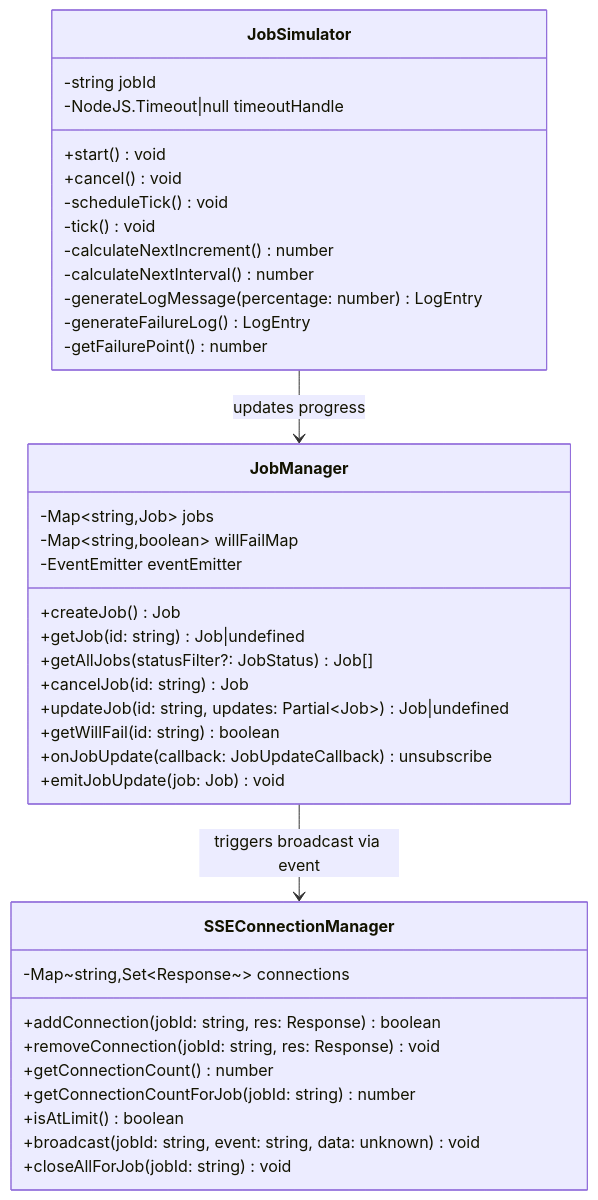
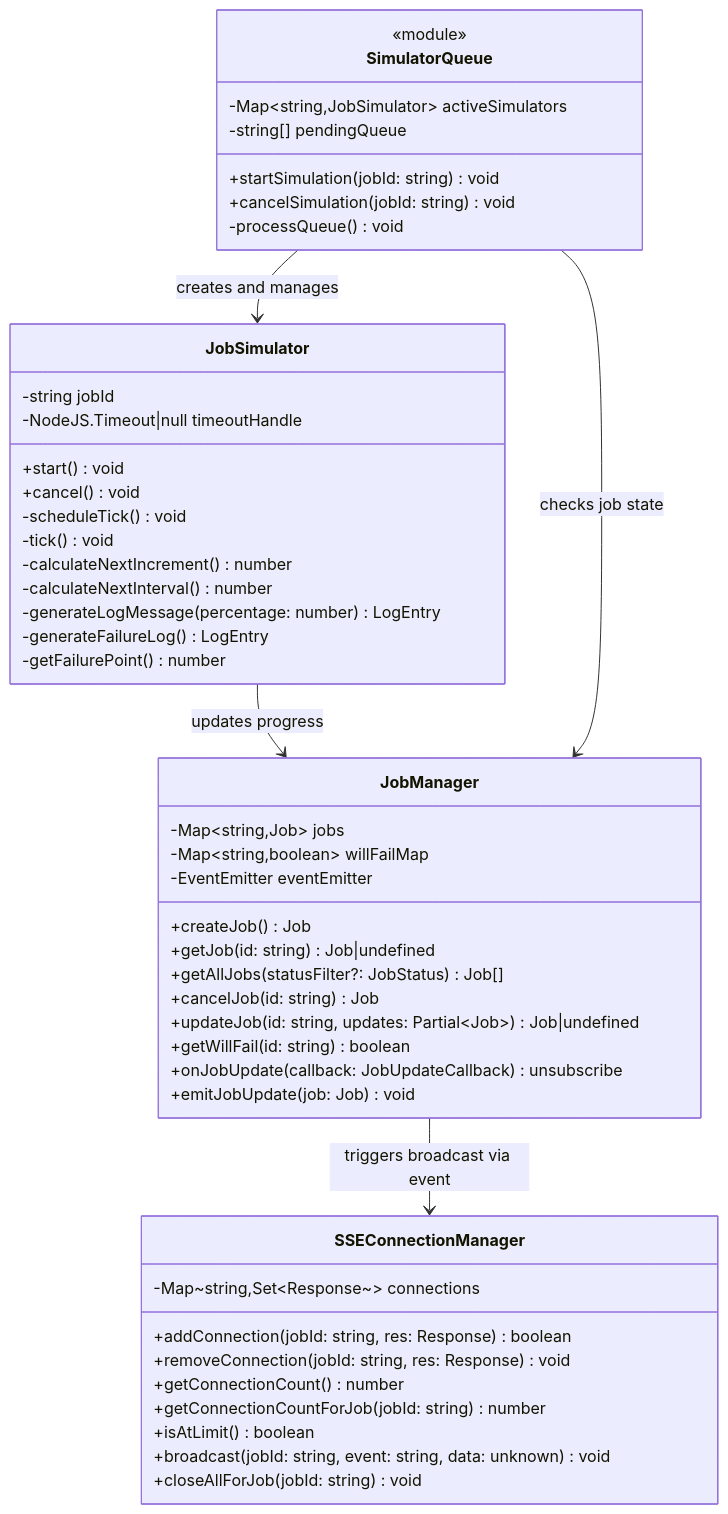
Before and after one commit to andrewhouser/job-runner: the second of 6 diagrams in diagrams/C4-code.md, drawn with Mermaid. The commit also changed other lines of this file and 10 other files, not shown here.

````diff
--- a/diagrams/C4-code.md
+++ b/diagrams/C4-code.md
@@ -68,44 +68,55 @@
 ```mermaid
 classDiagram
     class JobManager {
         -Map~string,Job~ jobs
         -Map~string,boolean~ willFailMap
         -EventEmitter eventEmitter
         +createJob() Job
         +getJob(id: string) Job|undefined
         +getAllJobs(statusFilter?: JobStatus) Job[]
         +cancelJob(id: string) Job
         +updateJob(id: string, updates: Partial~Job~) Job|undefined
         +getWillFail(id: string) boolean
         +onJobUpdate(callback: JobUpdateCallback) unsubscribe
         +emitJobUpdate(job: Job) void
     }
 
     class JobSimulator {
         -string jobId
         -NodeJS.Timeout|null timeoutHandle
         +start() void
         +cancel() void
         -scheduleTick() void
         -tick() void
         -calculateNextIncrement() number
         -calculateNextInterval() number
         -generateLogMessage(percentage: number) LogEntry
         -generateFailureLog() LogEntry
         -getFailurePoint() number
     }
 
+    class SimulatorQueue {
+        <<module>>
+        -Map~string,JobSimulator~ activeSimulators
+        -string[] pendingQueue
+        +startSimulation(jobId: string) void
+        +cancelSimulation(jobId: string) void
+        -processQueue() void
+    }
+
     class SSEConnectionManager {
         -Map~string,Set~Response~~ connections
         +addConnection(jobId: string, res: Response) boolean
         +removeConnection(jobId: string, res: Response) void
         +getConnectionCount() number
         +getConnectionCountForJob(jobId: string) number
         +isAtLimit() boolean
         +broadcast(jobId: string, event: string, data: unknown) void
         +closeAllForJob(jobId: string) void
     }
 
+    SimulatorQueue --> JobSimulator : creates and manages
     JobSimulator --> JobManager : updates progress
     JobManager --> SSEConnectionManager : triggers broadcast via event
+    SimulatorQueue --> JobManager : checks job state
 ```
````
